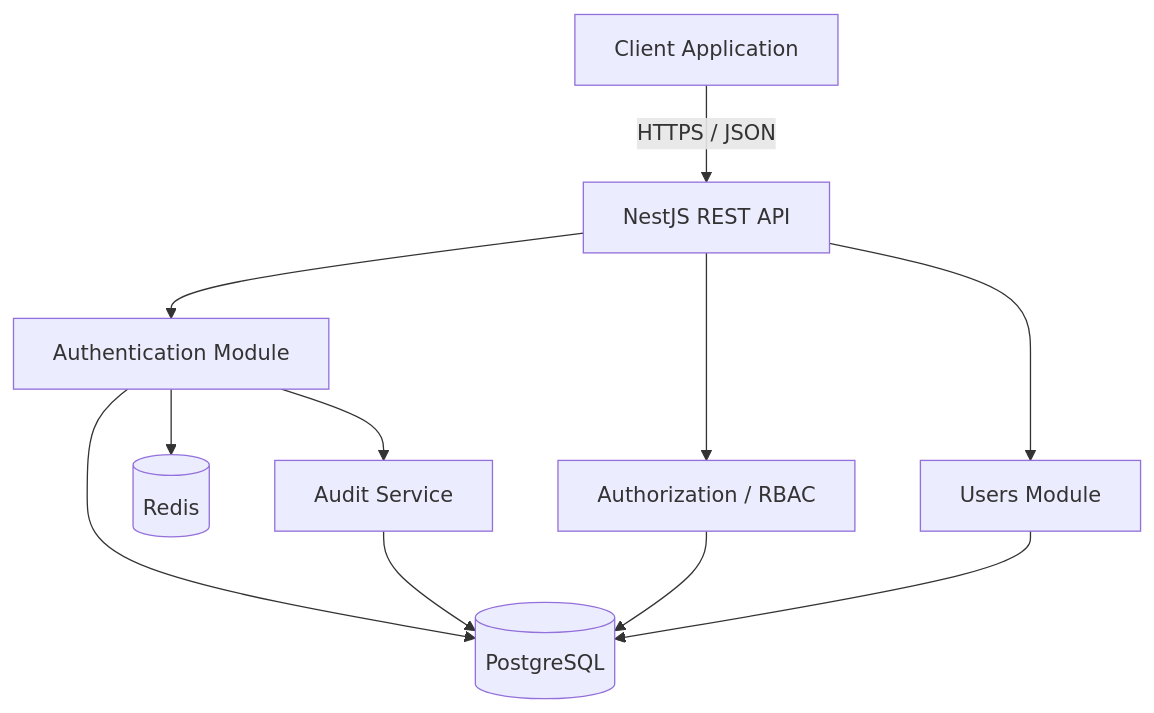
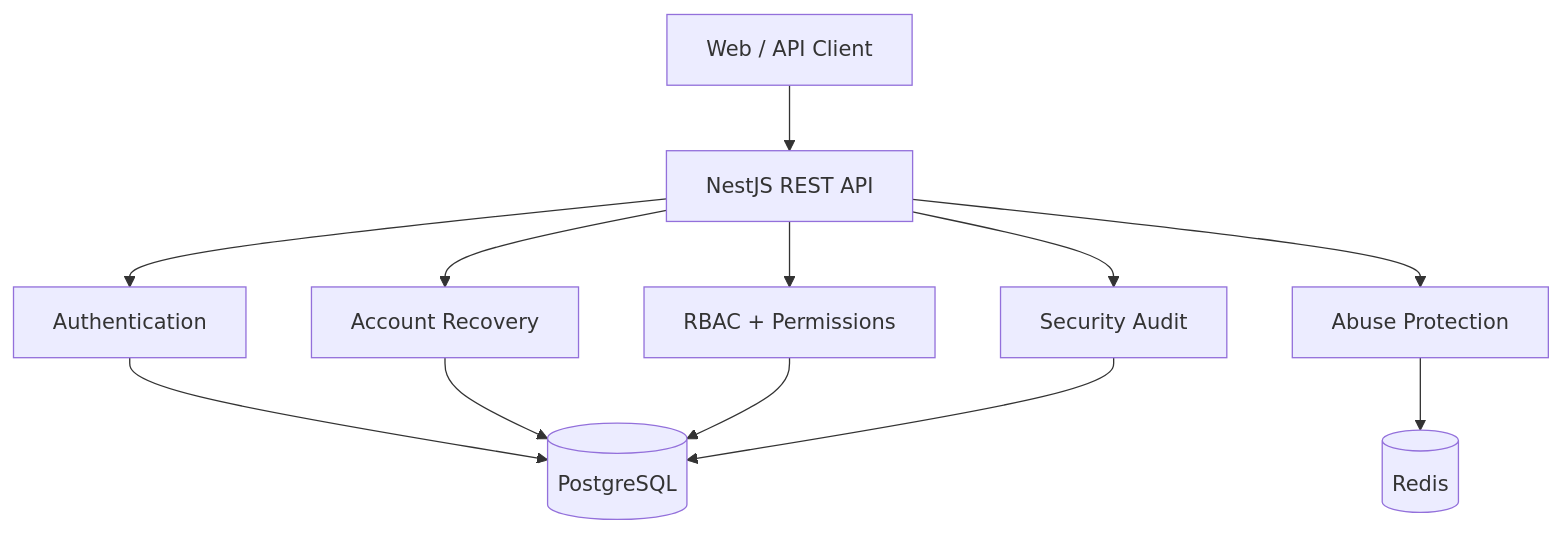
One commit to SidK31/authforge changed the first of 3 diagrams in README.md. Above: the diagram before and after it, drawn with Mermaid. The commit also changed other lines of this file, not shown here.

Commit message:
docs: clarify account recovery status

````diff
--- a/README.md
+++ b/README.md
@@ -54,22 +29,24 @@
 ```mermaid
 flowchart TB
-    Client[Client Application]
+    Client[Web / API Client]
     API[NestJS REST API]
-    Auth[Authentication Module]
-    Authz[Authorization / RBAC]
-    Users[Users Module]
-    Audit[Audit Service]
+    Auth[Authentication]
+    Recovery[Account Recovery]
+    RBAC[RBAC + Permissions]
+    Abuse[Abuse Protection]
+    Audit[Security Audit]
     DB[(PostgreSQL)]
     Redis[(Redis)]
 
-    Client -->|HTTPS / JSON| API
+    Client --> API
     API --> Auth
-    API --> Authz
-    API --> Users
+    API --> Recovery
+    API --> RBAC
+    API --> Abuse
+    API --> Audit
     Auth --> DB
-    Auth --> Redis
-    Auth --> Audit
-    Authz --> DB
-    Users --> DB
+    Recovery --> DB
+    RBAC --> DB
     Audit --> DB
+    Abuse --> Redis
 ```
````
